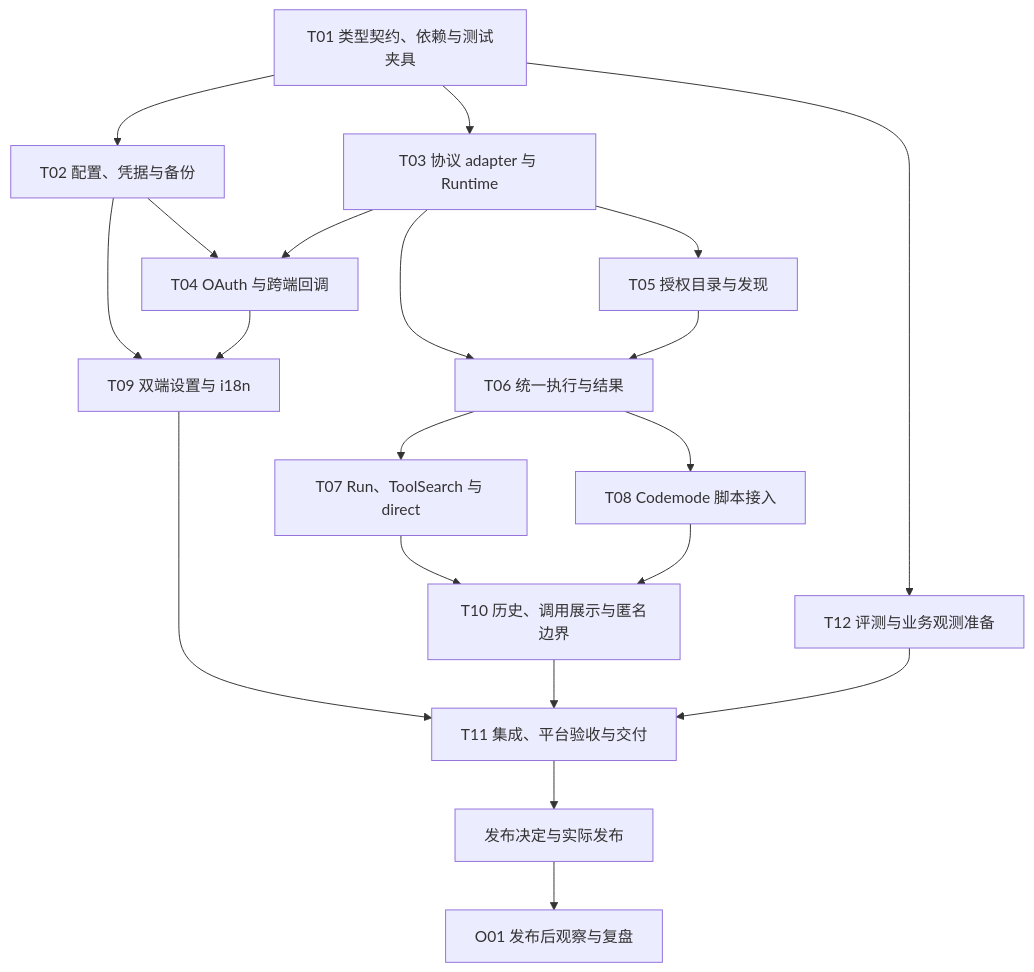
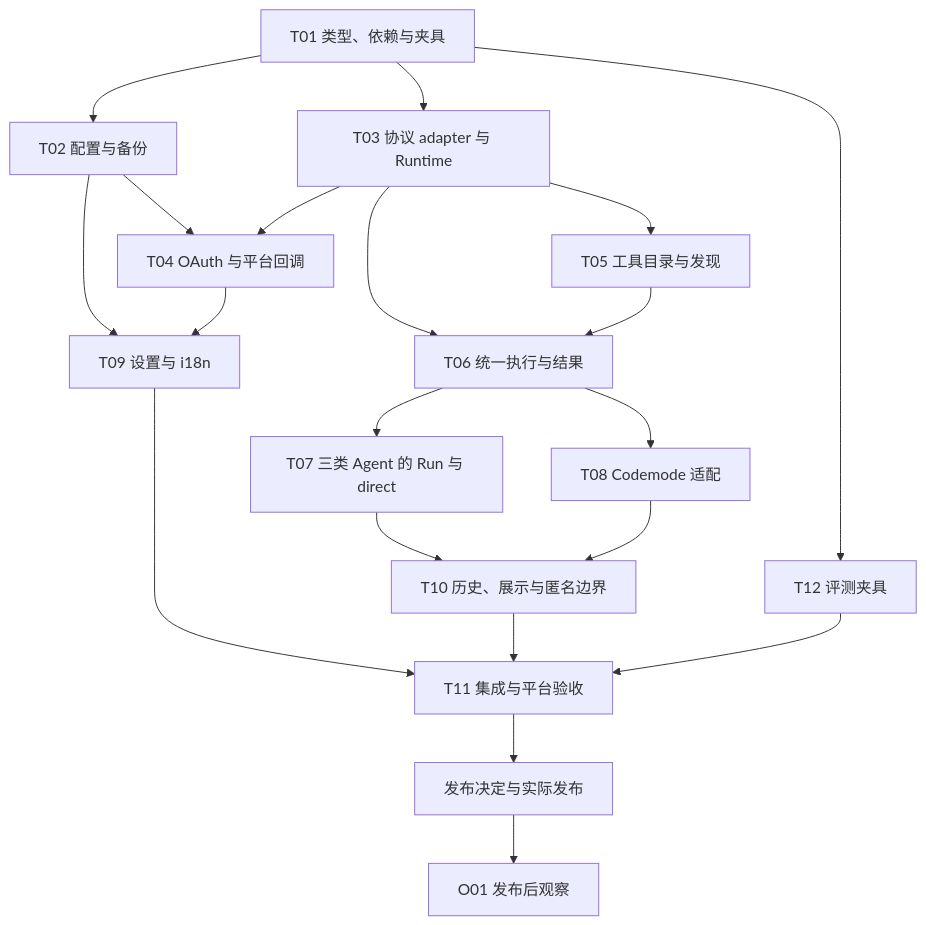
One commit to Leviathangk/reveric changed the second of 2 diagrams in docs/solutions/mcp-client-and-codemode.md. Above: the diagram before and after it, drawn with Mermaid. The commit also changed other lines of this file and 200 other files, not shown here.

First line of the commit message:
feat(mcp): add MCP server support for Agent and Codemode

````diff
--- a/docs/solutions/mcp-client-and-codemode.md
+++ b/docs/solutions/mcp-client-and-codemode.md
@@ -637,22 +592,22 @@
 ```mermaid
 flowchart TD
-    T01["T01 类型契约、依赖与测试夹具"] --> T02["T02 配置、凭据与备份"]
+    T01["T01 类型、依赖与夹具"] --> T02["T02 配置与备份"]
     T01 --> T03["T03 协议 adapter 与 Runtime"]
-    T02 --> T04["T04 OAuth 与跨端回调"]
+    T02 --> T04["T04 OAuth 与平台回调"]
     T03 --> T04
-    T03 --> T05["T05 授权目录与发现"]
+    T03 --> T05["T05 工具目录与发现"]
     T03 --> T06["T06 统一执行与结果"]
     T05 --> T06
-    T06 --> T07["T07 Run、ToolSearch 与 direct"]
-    T06 --> T08["T08 Codemode 脚本接入"]
-    T02 --> T09["T09 双端设置与 i18n"]
+    T06 --> T07["T07 三类 Agent 的 Run 与 direct"]
+    T06 --> T08["T08 Codemode 适配"]
+    T02 --> T09["T09 设置与 i18n"]
     T04 --> T09
-    T07 --> T10["T10 历史、调用展示与匿名边界"]
+    T07 --> T10["T10 历史、展示与匿名边界"]
     T08 --> T10
-    T09 --> T11["T11 集成、平台验收与交付"]
+    T09 --> T11["T11 集成与平台验收"]
     T10 --> T11
-    T01 --> T12["T12 评测与业务观测准备"]
+    T01 --> T12["T12 评测夹具"]
     T12 --> T11
     T11 --> RELEASE["发布决定与实际发布"]
-    RELEASE --> O01["O01 发布后观察与复盘"]
+    RELEASE --> O01["O01 发布后观察"]
 ```
````
